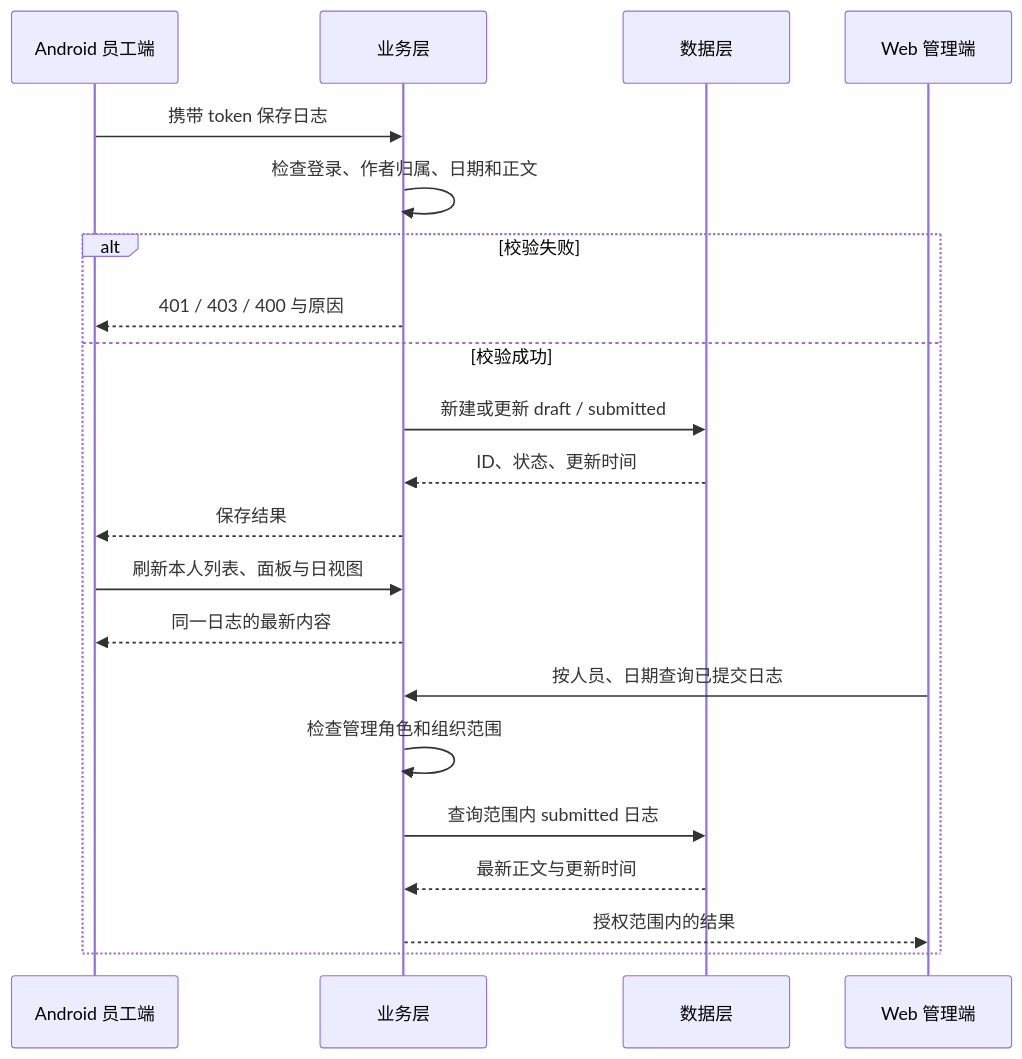
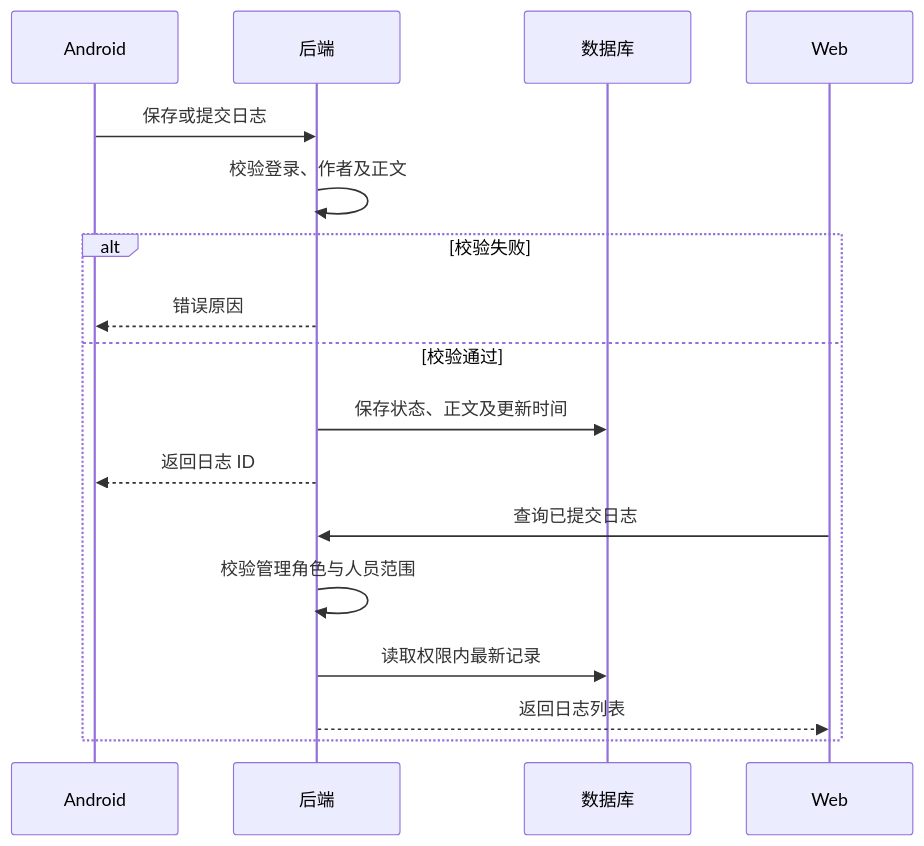
One commit to zayinO-00-01/project-pandora changed the third of 3 diagrams in docs/产品需求与设计-初版.md. Above: the diagram before and after it, drawn with Mermaid. The commit also changed other lines of this file and 5 other files, not shown here.

````diff
--- a/docs/产品需求与设计-初版.md
+++ b/docs/产品需求与设计-初版.md
@@ -302,23 +204,19 @@
 ```mermaid
 sequenceDiagram
-  participant App as Android 员工端
-  participant API as 业务层
-  participant DB as 数据层
-  participant Web as Web 管理端
-  App->>API: 携带 token 保存日志
-  API->>API: 检查登录、作者归属、日期和正文
+  participant App as Android
+  participant API as 后端
+  participant DB as 数据库
+  participant Web as Web
+  App->>API: 保存或提交日志
+  API->>API: 校验登录、作者及正文
   alt 校验失败
-    API-->>App: 401 / 403 / 400 与原因
-  else 校验成功
-    API->>DB: 新建或更新 draft / submitted
-    DB-->>API: ID、状态、更新时间
-    API-->>App: 保存结果
-    App->>API: 刷新本人列表、面板与日视图
-    API-->>App: 同一日志的最新内容
-    Web->>API: 按人员、日期查询已提交日志
-    API->>API: 检查管理角色和组织范围
-    API->>DB: 查询范围内 submitted 日志
-    DB-->>API: 最新正文与更新时间
-    API-->>Web: 授权范围内的结果
+    API-->>App: 错误原因
+  else 校验通过
+    API->>DB: 保存状态、正文及更新时间
+    API-->>App: 返回日志 ID
+    Web->>API: 查询已提交日志
+    API->>API: 校验管理角色与人员范围
+    API->>DB: 读取权限内最新记录
+    API-->>Web: 返回日志列表
   end
 ```
````
